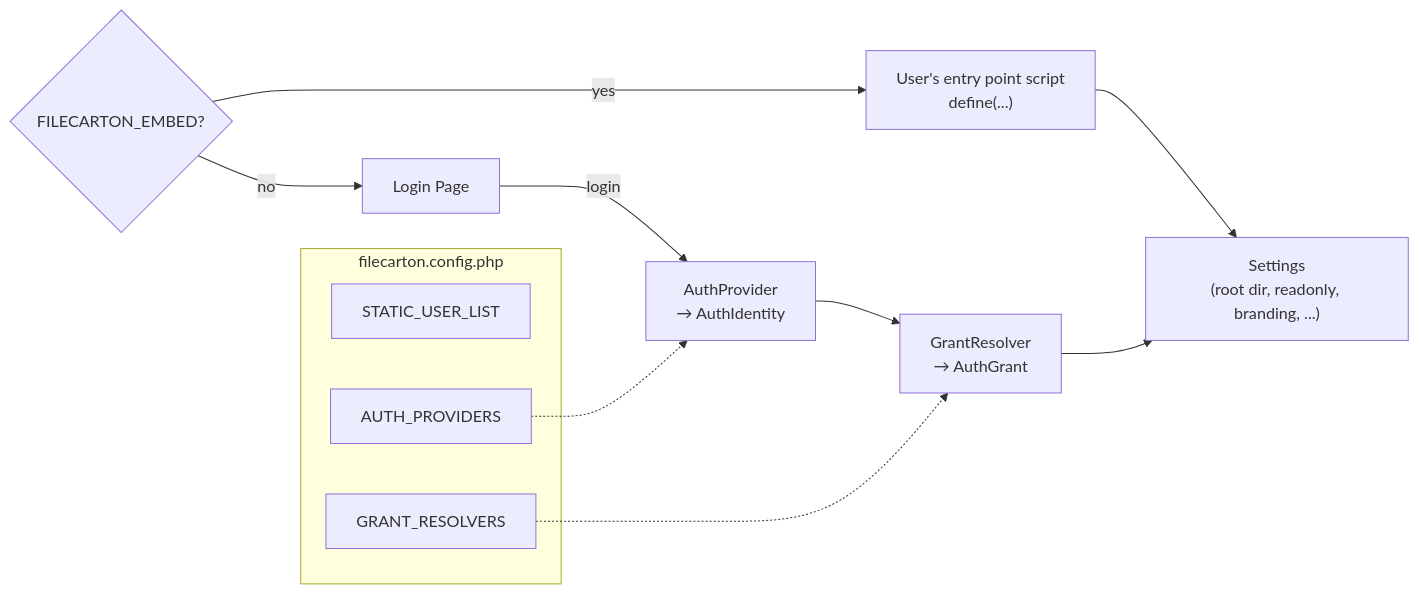
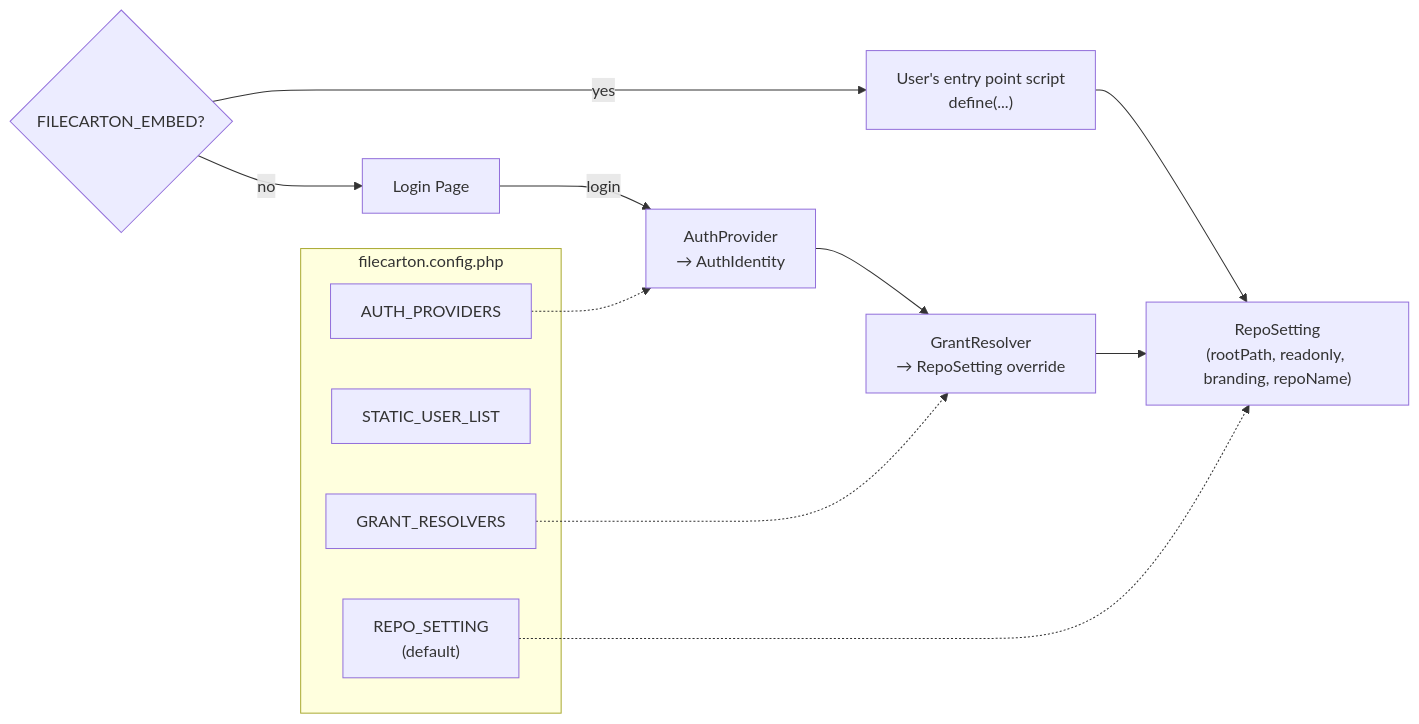
The diagram in docs/config_auth.md (zbx1425/filecarton), drawn with Mermaid before and after one commit. The commit also changed other lines of this file and 13 other files, not shown here.

Commit message:
refactor: move configs into RepoSetting

````diff
--- a/docs/config_auth.md
+++ b/docs/config_auth.md
@@ -5,21 +5,23 @@
 ```mermaid
 flowchart LR
     mode{"FILECARTON_EMBED?"}
 
     mode -->|"yes"| entry["User's entry point script\ndefine(...)"]
-    entry --> settings["Settings\n(root dir, readonly, branding, ...)"]
+    entry --> repoSetting["RepoSetting\n(rootPath, readonly, branding, repoName)"]
 
     mode -->|"no"| browser["Login Page"]
     browser -->|"login"| provider["AuthProvider\n→ AuthIdentity"]
-    provider --> grant["GrantResolver\n→ AuthGrant"]
-    grant --> settings
+    provider --> grant["GrantResolver\n→ RepoSetting override"]
+    grant --> repoSetting
 
     subgraph config ["filecarton.config.php"]
+        defaultSetting["REPO_SETTING\n(default)"]
         userList["STATIC_USER_LIST"]
         providers["AUTH_PROVIDERS"]
         resolvers["GRANT_RESOLVERS"]
     end
 
+    defaultSetting -.-> repoSetting
     providers -.-> provider
     resolvers -.-> grant
 ```
````
